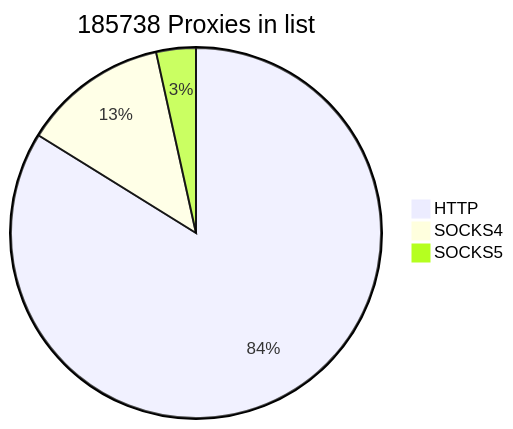
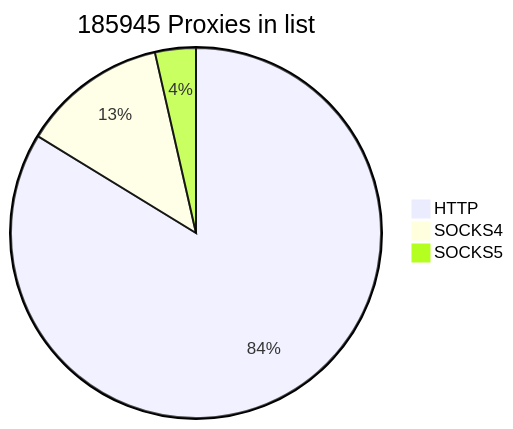
Before and after one commit to cutipu/proxylist: the first of 2 diagrams in README.md, drawn with Mermaid. The commit also changed other lines of this file, not shown here.

````diff
--- a/README.md
+++ b/README.md
@@ -2,7 +2,7 @@
 ```mermaid
-pie title 185738 Proxies in list
-    "HTTP" : 155713
+pie title 185945 Proxies in list
+    "HTTP" : 155720
     "SOCKS4" : 23601
-    "SOCKS5" : 6424
+    "SOCKS5" : 6624
             
 ```
````
